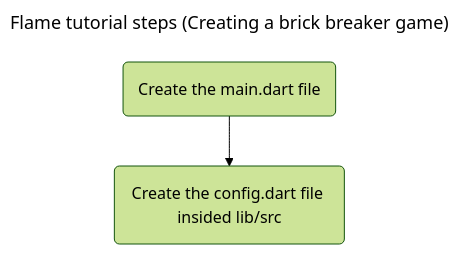
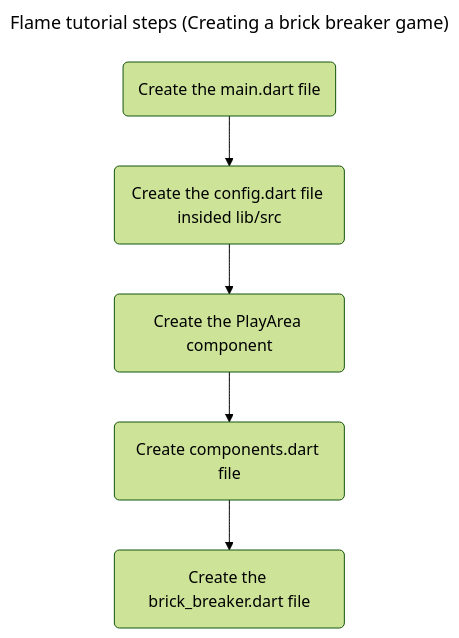
Before and after one commit to jydv402/brick_breaker_flame: the diagram in steps.md, drawn with Mermaid (forest theme). The commit also changed other lines of this file and 3 other files, not shown here.

Commit message:
Added brick_breaker.dart file

````diff
--- a/steps.md
+++ b/steps.md
@@ -1,11 +1,18 @@
 ```mermaid
 ---
 title: Flame tutorial steps (Creating a brick breaker game)
 ---
 flowchart TD
     id1(Create the main.dart file)
     id2(Create the config.dart file insided lib/src)
+    id3(Create the PlayArea component)
+    id4(Create components.dart file)
+    id5(Create the brick_breaker.dart file)
+
 
     id1 --> id2
+    id2 --> id3
+    id3 --> id4
+    id4 --> id5
 
 ```
````
